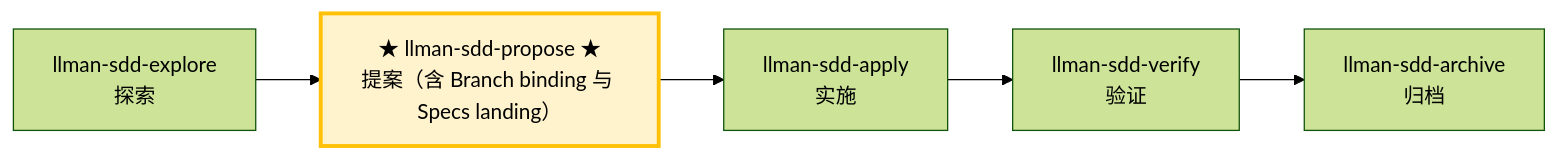
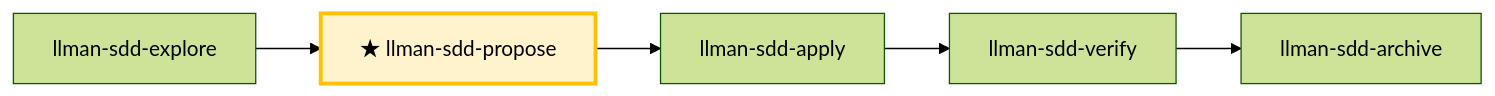
The second of 2 diagrams in .agents/skills/llman-sdd-propose/SKILL.md (StrayDragon/sqlsugar), drawn with Mermaid (forest theme) before and after one commit. The commit also changed other lines of this file and 12 other files, not shown here.

Commit message:
chore(sdd): refresh skills and managed blocks via llman-sdd init --update (v0.5.0)

````diff
--- a/.agents/skills/llman-sdd-propose/SKILL.md
+++ b/.agents/skills/llman-sdd-propose/SKILL.md
@@ -58,10 +74,9 @@
 ```mermaid
 flowchart LR
-    explore["llman-sdd-explore<br/>探索"] --> propose
-    propose["★ llman-sdd-propose ★<br/>提案（含 Branch binding 与 Specs landing）"]
-    propose --> apply["llman-sdd-apply<br/>实施"]
-    apply --> verify["llman-sdd-verify<br/>验证"]
-    verify --> archive["llman-sdd-archive<br/>归档"]
+    explore["llman-sdd-explore"] --> propose["★ llman-sdd-propose"]
+    propose --> apply["llman-sdd-apply"]
+    apply --> verify["llman-sdd-verify"]
+    verify --> archive["llman-sdd-archive"]
 
     style propose fill:#fff3cd,stroke:#ffc107,stroke-width:3px
 ```
````
